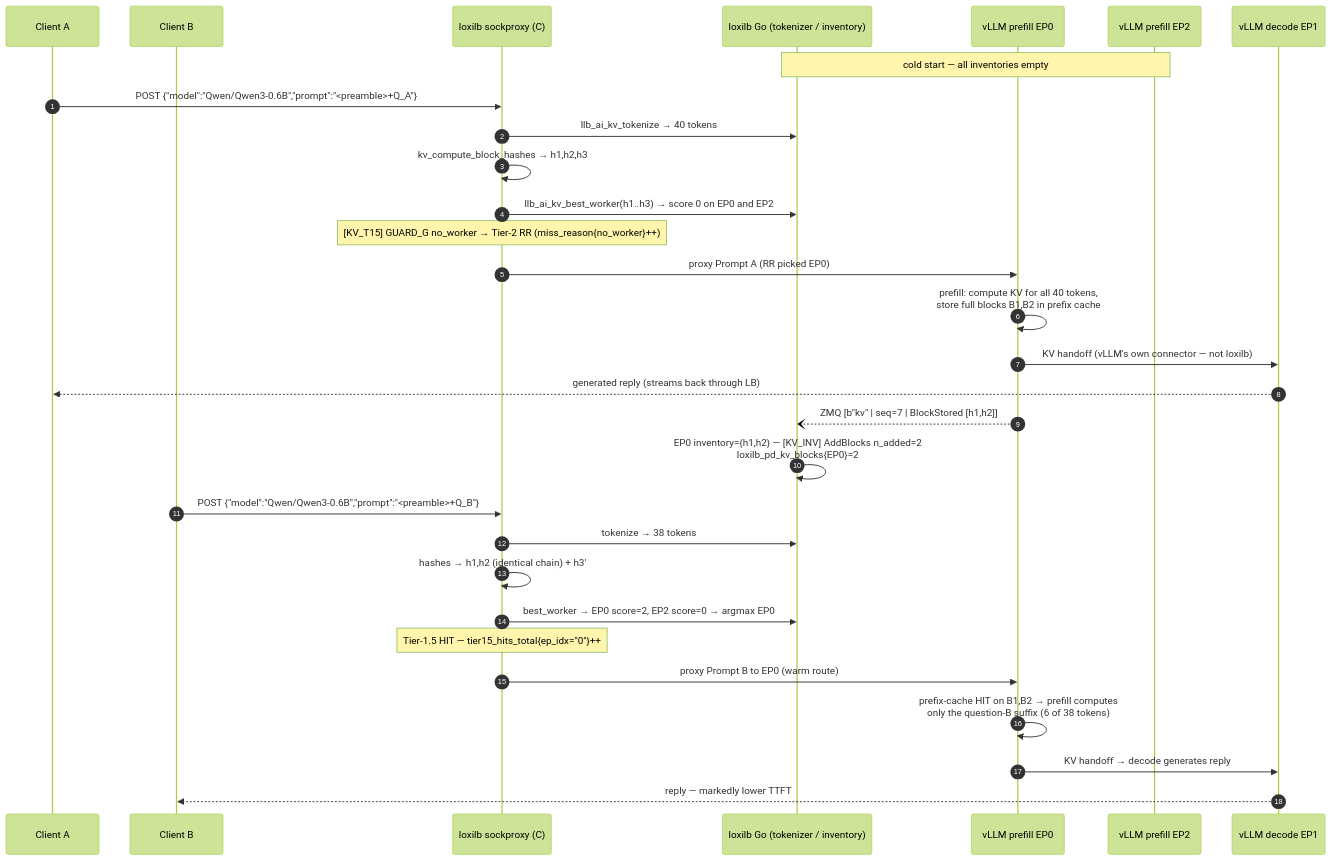
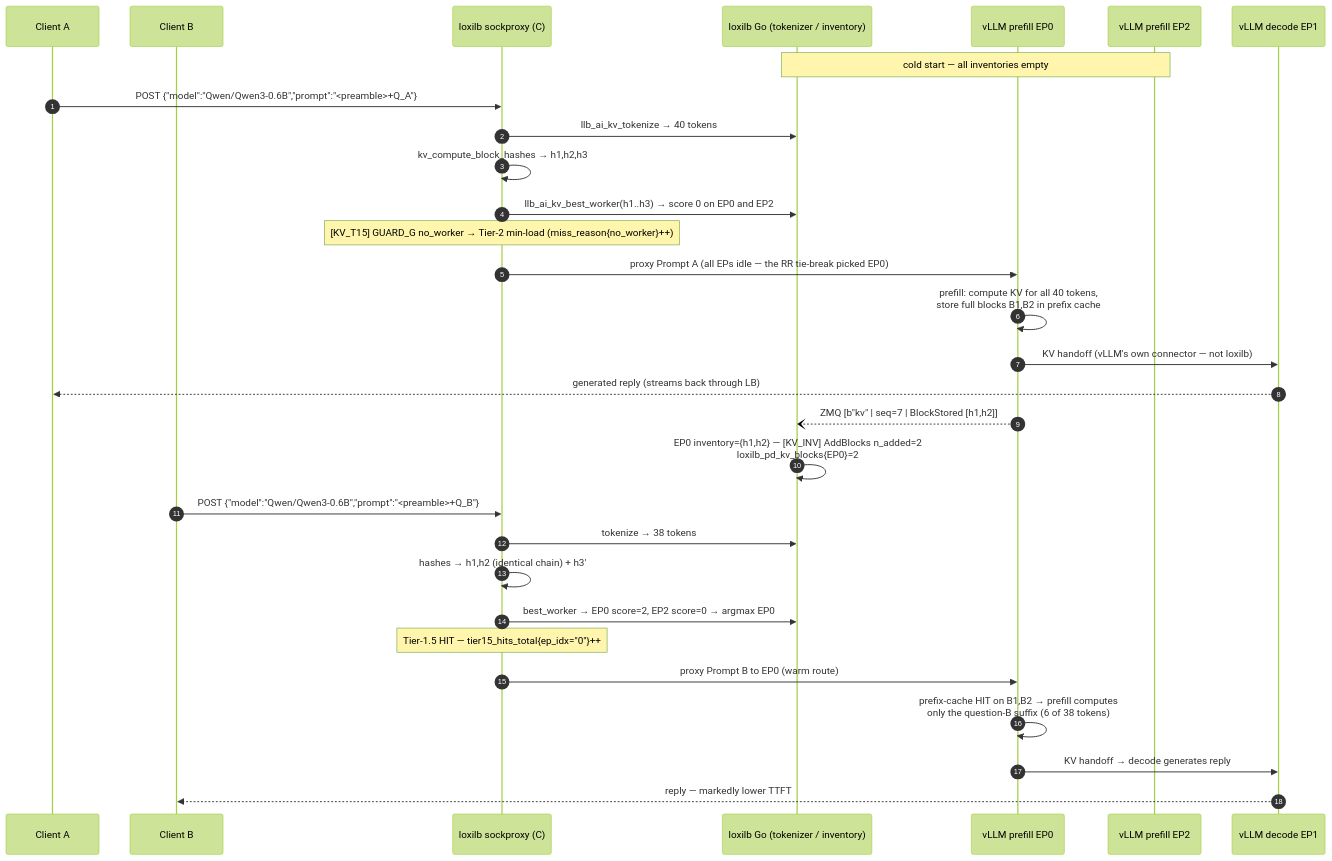
Before and after one commit to loxilb-io/loxilb-inference-gateway: the third of 4 diagrams in docs/load-balancing/08-kv-cache-aware-routing.md, drawn with Mermaid (forest theme). The commit also changed other lines of this file and 16 other files, not shown here.

````diff
--- a/docs/load-balancing/08-kv-cache-aware-routing.md
+++ b/docs/load-balancing/08-kv-cache-aware-routing.md
@@ -287,33 +301,33 @@
 ```mermaid
 sequenceDiagram
     autonumber
     participant CA as Client A
     participant CB as Client B
     participant LB as loxilb sockproxy (C)
     participant GO as loxilb Go (tokenizer / inventory)
     participant P0 as vLLM prefill EP0
     participant P2 as vLLM prefill EP2
     participant D as vLLM decode EP1
 
     Note over GO,P2: cold start — all inventories empty
     CA->>LB: POST {"model":"Qwen/Qwen3-0.6B","prompt":"<preamble>+Q_A"}
     LB->>GO: llb_ai_kv_tokenize → 40 tokens
     LB->>LB: kv_compute_block_hashes → h1,h2,h3
     LB->>GO: llb_ai_kv_best_worker(h1..h3) → score 0 on EP0 and EP2
-    Note over LB: [KV_T15] GUARD_G no_worker → Tier-2 RR (miss_reason{no_worker}++)
-    LB->>P0: proxy Prompt A (RR picked EP0)
+    Note over LB: [KV_T15] GUARD_G no_worker → Tier-2 min-load (miss_reason{no_worker}++)
+    LB->>P0: proxy Prompt A (all EPs idle — the RR tie-break picked EP0)
     P0->>P0: prefill: compute KV for all 40 tokens,<br/>store full blocks B1,B2 in prefix cache
     P0->>D: KV handoff (vLLM's own connector — not loxilb)
     D-->>CA: generated reply (streams back through LB)
     P0--)GO: ZMQ [b"kv" | seq=7 | BlockStored [h1,h2]]
     GO->>GO: EP0 inventory={h1,h2} — [KV_INV] AddBlocks n_added=2<br/>loxilb_pd_kv_blocks{EP0}=2
     CB->>LB: POST {"model":"Qwen/Qwen3-0.6B","prompt":"<preamble>+Q_B"}
     LB->>GO: tokenize → 38 tokens
     LB->>LB: hashes → h1,h2 (identical chain) + h3'
     LB->>GO: best_worker → EP0 score=2, EP2 score=0 → argmax EP0
     Note over LB: Tier-1.5 HIT — tier15_hits_total{ep_idx="0"}++
     LB->>P0: proxy Prompt B to EP0 (warm route)
     P0->>P0: prefix-cache HIT on B1,B2 → prefill computes<br/>only the question-B suffix (6 of 38 tokens)
     P0->>D: KV handoff → decode generates reply
     D-->>CB: reply — markedly lower TTFT
 ```
````
